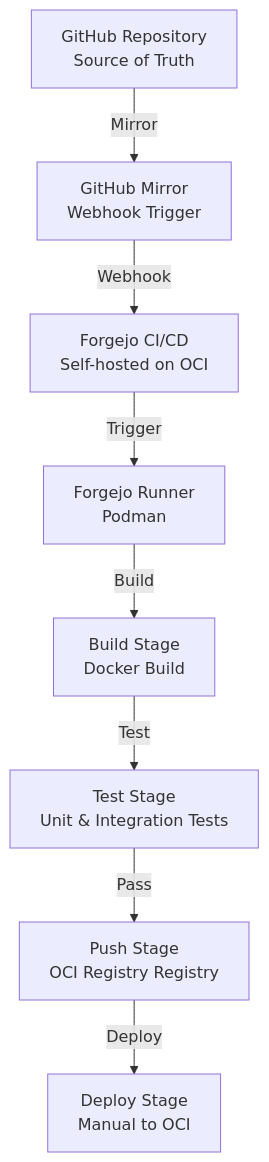
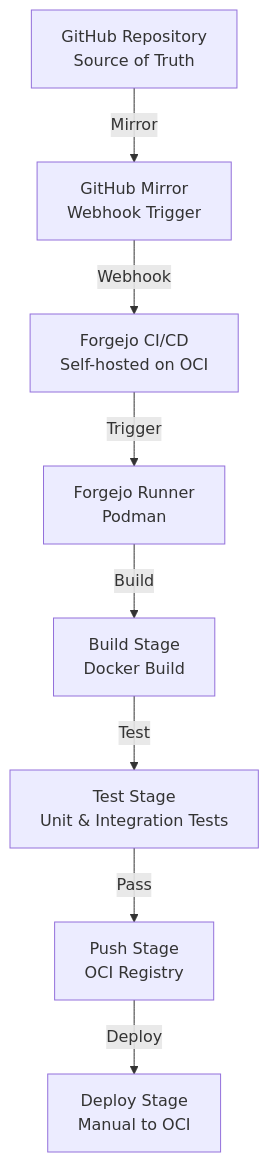
One commit to CaseStudyProgramming/TaskmanagerV2 changed the third of 3 diagrams in docs/techincal-design/architecture/infrastructure-&-network.md. Above: the diagram before and after it, drawn with Mermaid. The commit also changed other lines of this file, not shown here.

Commit message:
fix: fix doc error in architecture

````diff
--- a/docs/techincal-design/architecture/infrastructure-&-network.md
+++ b/docs/techincal-design/architecture/infrastructure-&-network.md
@@ -208,19 +208,19 @@
 ```mermaid
 graph TB
     GitHub[GitHub Repository<br/>Source of Truth]
     Mirror[GitHub Mirror<br/>Webhook Trigger]
     Forgejo[Forgejo CI/CD<br/>Self-hosted on OCI]
     Runner[Forgejo Runner<br/>Podman]
     Build[Build Stage<br/>Docker Build]
     Test[Test Stage<br/>Unit & Integration Tests]
-    Push[Push Stage<br/>OCI Registry Registry]
+    Push[Push Stage<br/>OCI Registry]
     Deploy[Deploy Stage<br/>Manual to OCI]
 
     GitHub -->|Mirror| Mirror
     Mirror -->|Webhook| Forgejo
     Forgejo -->|Trigger| Runner
     Runner -->|Build| Build
     Build -->|Test| Test
     Test -->|Pass| Push
     Push -->|Deploy| Deploy
 ```
````
